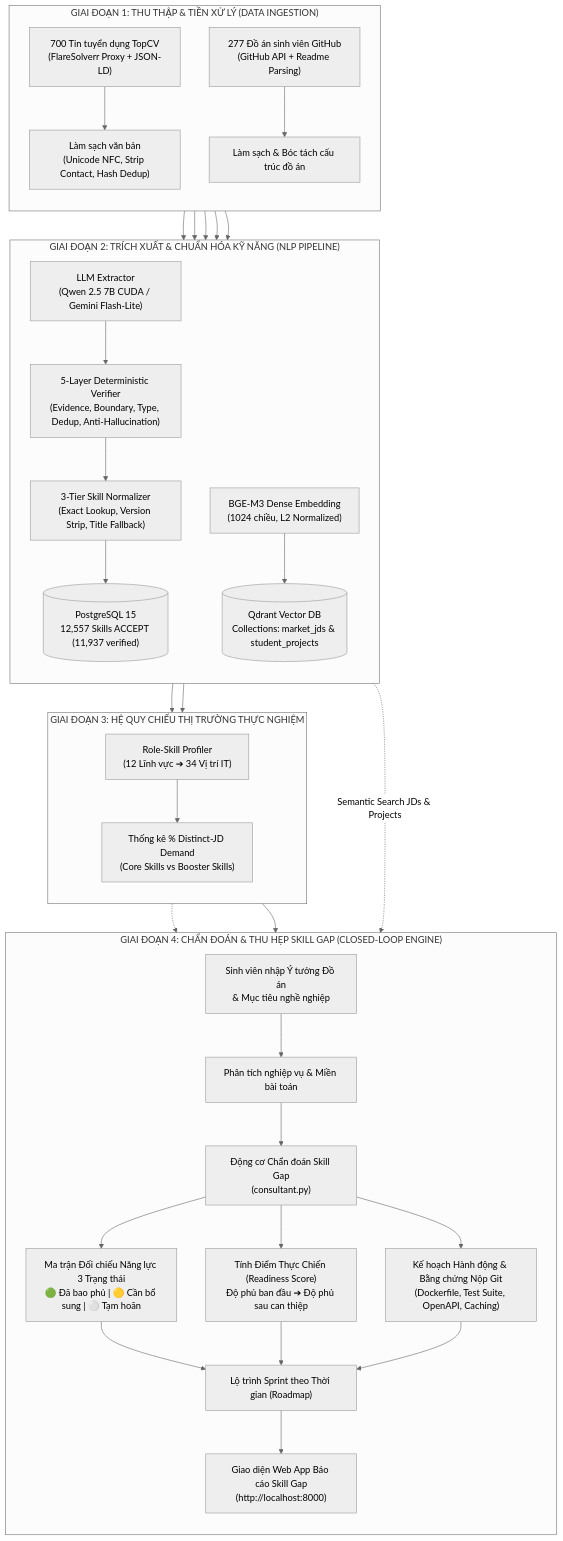
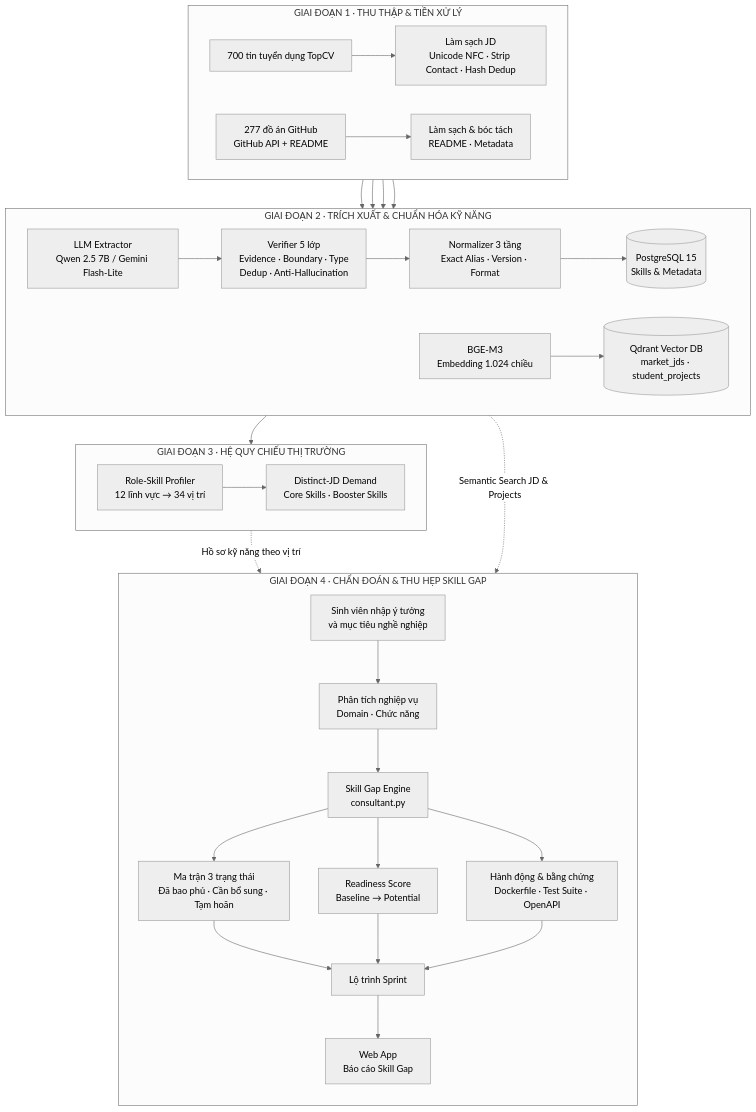
Before and after one commit to PoemN-1212/AISC26_LUSTRA_GEM: the second of 2 diagrams in README.md, drawn with Mermaid (neutral theme). The commit also changed other lines of this file, not shown here.

````diff
--- a/README.md
+++ b/README.md
@@ -161,49 +160,39 @@
 ```mermaid
-flowchart TD
-    %% STAGE 1: INGESTION
-    subgraph S1 ["GIAI ĐOẠN 1: THU THẬP & TIỀN XỬ LÝ (DATA INGESTION)"]
-        direction TB
-        RAW_TOPCV["700 Tin tuyển dụng TopCV<br/>(FlareSolverr Proxy + JSON-LD)"] --> CLEAN_JD["Làm sạch văn bản<br/>(Unicode NFC, Strip Contact, Hash Dedup)"]
-        RAW_GH["277 Đồ án sinh viên GitHub<br/>(GitHub API + Readme Parsing)"] --> CLEAN_GH["Làm sạch & Bóc tách cấu trúc đồ án"]
+flowchart TB
+    subgraph S1["GIAI ĐOẠN 1 · THU THẬP & TIỀN XỬ LÝ"]
+        direction LR
+        RAW_TOPCV["700 tin tuyển dụng TopCV"] --> CLEAN_JD["Làm sạch JD<br/>Unicode NFC · Strip Contact · Hash Dedup"]
+        RAW_GH["277 đồ án GitHub<br/>GitHub API + README"] --> CLEAN_GH["Làm sạch & bóc tách<br/>README · Metadata"]
     end
 
-    %% STAGE 2: EXTRACTION & NORMALIZATION
-    subgraph S2 ["GIAI ĐOẠN 2: TRÍCH XUẤT & CHUẨN HÓA KỸ NĂNG (NLP PIPELINE)"]
-        direction TB
-        CLEAN_JD & CLEAN_GH --> EXTRACTOR["LLM Extractor<br/>(Qwen 2.5 7B CUDA / Gemini Flash-Lite)"]
-        EXTRACTOR --> VERIFIER["5-Layer Deterministic Verifier<br/>(Evidence, Boundary, Type, Dedup, Anti-Hallucination)"]
-        VERIFIER --> NORMALIZER["3-Tier Skill Normalizer<br/>(Exact Lookup, Version Strip, Title Fallback)"]
-        
-        NORMALIZER --> PG_DB[("PostgreSQL 15<br/>12,557 Skills ACCEPT (11,937 verified)")]
-        CLEAN_JD & CLEAN_GH --> BGE_M3["BGE-M3 Dense Embedding<br/>(1024 chiều, L2 Normalized)"]
-        BGE_M3 --> QDRANT_DB[("Qdrant Vector DB<br/>Collections: market_jds & student_projects")]
+    subgraph S2["GIAI ĐOẠN 2 · TRÍCH XUẤT & CHUẨN HÓA KỸ NĂNG"]
+        direction LR
+        EXTRACTOR["LLM Extractor<br/>Qwen 2.5 7B / Gemini Flash-Lite"] --> VERIFIER["Verifier 5 lớp<br/>Evidence · Boundary · Type<br/>Dedup · Anti-Hallucination"] --> NORMALIZER["Normalizer 3 tầng<br/>Exact Alias · Version · Format"] --> PG_DB[("PostgreSQL 15<br/>Skills & Metadata")]
+        BGE_M3["BGE-M3<br/>Embedding 1.024 chiều"] --> QDRANT_DB[("Qdrant Vector DB<br/>market_jds · student_projects")]
     end
 
-    %% STAGE 3: ROLE PROFILING
-    subgraph S3 ["GIAI ĐOẠN 3: HỆ QUY CHIẾU THỊ TRƯỜNG THỰC NGHIỆM"]
-        direction TB
-        PG_DB --> PROFILER["Role-Skill Profiler<br/>(12 Lĩnh vực ➔ 34 Vị trí IT)"]
-        PROFILER --> DEMAND_METRICS["Thống kê % Distinct-JD Demand<br/>(Core Skills vs Booster Skills)"]
+    subgraph S3["GIAI ĐOẠN 3 · HỆ QUY CHIẾU THỊ TRƯỜNG"]
+        direction LR
+        PROFILER["Role-Skill Profiler<br/>12 lĩnh vực → 34 vị trí"] --> DEMAND["Distinct-JD Demand<br/>Core Skills · Booster Skills"]
     end
 
-    %% STAGE 4: SKILL GAP ENGINE
-    subgraph S4 ["GIAI ĐOẠN 4: CHẨN ĐOÁN & THU HẸP SKILL GAP (CLOSED-LOOP ENGINE)"]
+    subgraph S4["GIAI ĐOẠN 4 · CHẨN ĐOÁN & THU HẸP SKILL GAP"]
         direction TB
-        STUDENT["Sinh viên nhập Ý tưởng Đồ án<br/>& Mục tiêu nghề nghiệp"] --> IDEA_PARSER["Phân tích nghiệp vụ & Miền bài toán"]
-        IDEA_PARSER --> GAP_DIAGNOSIS["Động cơ Chẩn đoán Skill Gap<br/>(consultant.py)"]
-        
-        DEMAND_METRICS -.-> GAP_DIAGNOSIS
-        QDRANT_DB -.->|Semantic Search JDs & Projects| GAP_DIAGNOSIS
-        
-        GAP_DIAGNOSIS --> MATRIX["Ma trận Đối chiếu Năng lực 3 Trạng thái<br/>🟢 Đã bao phủ | 🟡 Cần bổ sung | ⚪ Tạm hoãn"]
-        GAP_DIAGNOSIS --> SCORE["Tính Điểm Thực Chiến (Readiness Score)<br/>Độ phủ ban đầu ➔ Độ phủ sau can thiệp"]
-        GAP_DIAGNOSIS --> ACTIONS["Kế hoạch Hành động & Bằng chứng Nộp Git<br/>(Dockerfile, Test Suite, OpenAPI, Caching)"]
-        
-        MATRIX & SCORE & ACTIONS --> ROADMAP["Lộ trình Sprint theo Thời gian (Roadmap)"]
-        ROADMAP --> UI["Giao diện Web App Báo cáo Skill Gap<br/>(http://localhost:8000)"]
+        STUDENT["Sinh viên nhập ý tưởng<br/>và mục tiêu nghề nghiệp"] --> IDEA_PARSER["Phân tích nghiệp vụ<br/>Domain · Chức năng"] --> GAP_DIAGNOSIS["Skill Gap Engine<br/>consultant.py"]
+        GAP_DIAGNOSIS --> MATRIX["Ma trận 3 trạng thái<br/>Đã bao phủ · Cần bổ sung · Tạm hoãn"]
+        GAP_DIAGNOSIS --> SCORE["Readiness Score<br/>Baseline → Potential"]
+        GAP_DIAGNOSIS --> ACTIONS["Hành động & bằng chứng<br/>Dockerfile · Test Suite · OpenAPI"]
+        MATRIX --> ROADMAP["Lộ trình Sprint"]
+        SCORE --> ROADMAP
+        ACTIONS --> ROADMAP
+        ROADMAP --> UI["Web App<br/>Báo cáo Skill Gap"]
     end
 
-    S1 --> S2
-    S2 --> S3
-    S3 --> S4
+    CLEAN_JD --> EXTRACTOR
+    CLEAN_GH --> EXTRACTOR
+    CLEAN_JD --> BGE_M3
+    CLEAN_GH --> BGE_M3
+    PG_DB --> PROFILER
+    DEMAND -. "Hồ sơ kỹ năng theo vị trí" .-> GAP_DIAGNOSIS
+    QDRANT_DB -. "Semantic Search JD & Projects" .-> GAP_DIAGNOSIS
 ```
````
